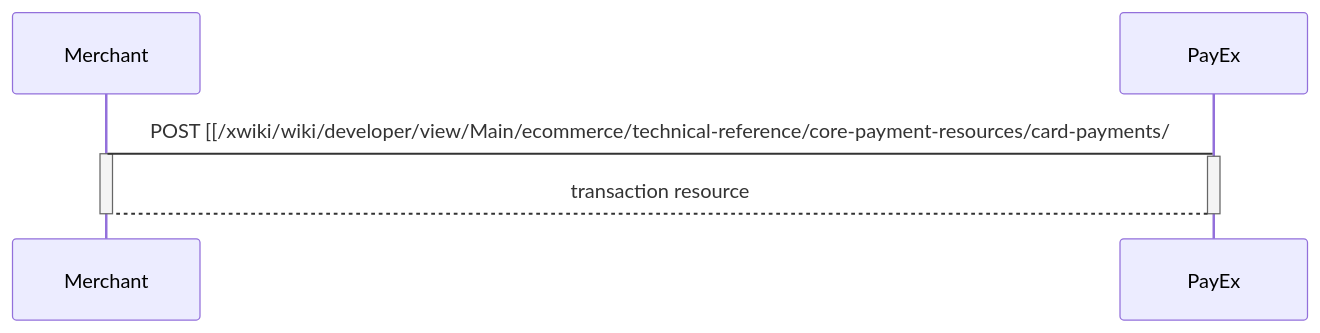
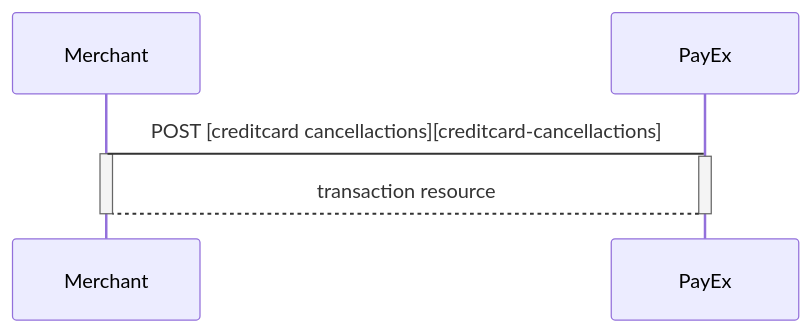
One commit to SwedbankPay/developer.swedbankpay.com changed the second of 9 diagrams in payments/credit-card/after-payment.md. Above: the diagram before and after it, drawn with Mermaid. The commit also changed other lines of this file and 6 other files, not shown here.

Commit message:
dx-119 updated links and diagrams in invoice file

````diff
--- a/payments/credit-card/after-payment.md
+++ b/payments/credit-card/after-payment.md
@@ -46,9 +46,9 @@
 ```mermaid
 sequenceDiagram
-  Merchant->PayEx: POST [[/xwiki/wiki/developer/view/Main/ecommerce/technical-reference/core-payment-resources/card-payments/#HCancellations creditcard cancellations]]
+  Merchant->PayEx: POST [creditcard cancellactions][creditcard-cancellactions]
   Activate Merchant
   Activate PayEx
   PayEx-->Merchant: transaction resource
   Deactivate PayEx
   Deactivate Merchant
 ```
````
